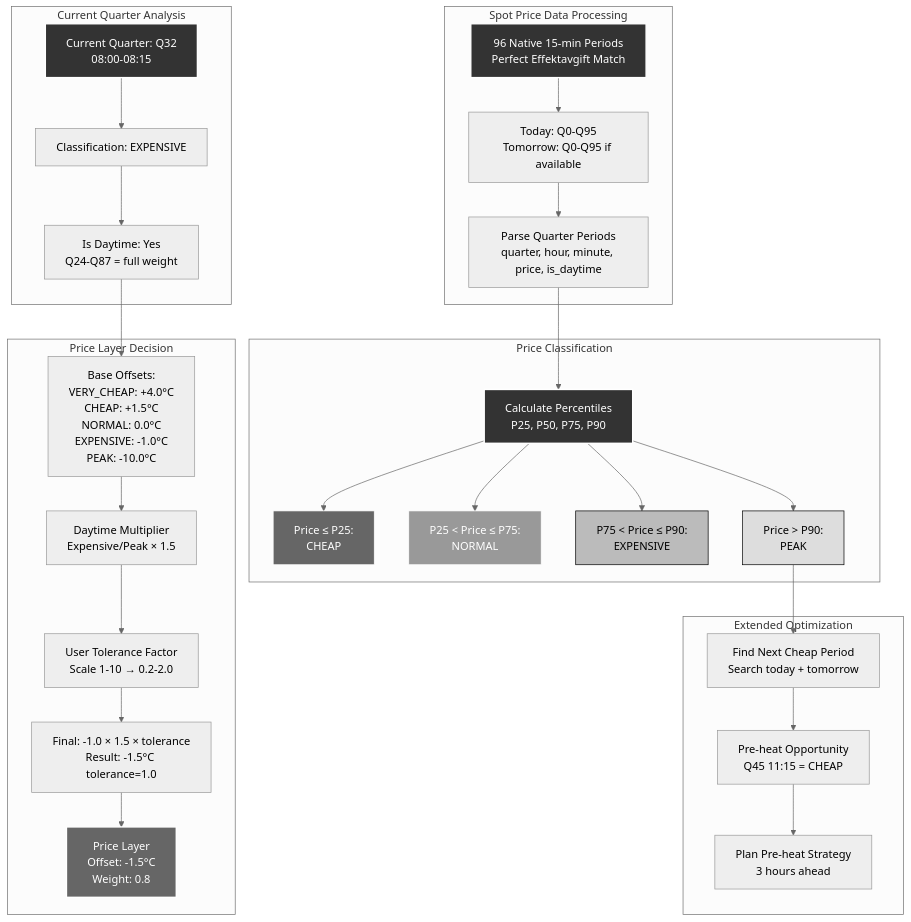
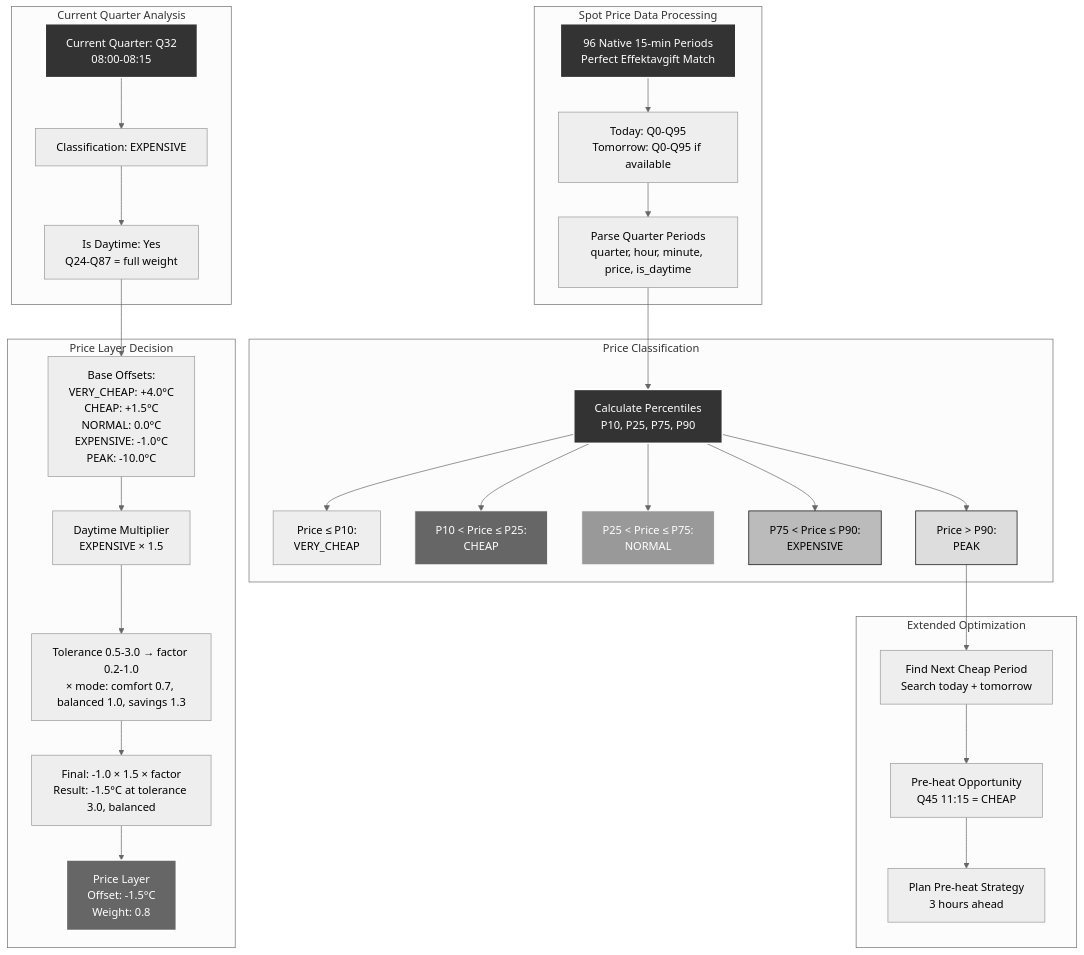
The diagram in docs/architecture/05_spot_price_optimization.md (enoch85/EffektGuard), drawn with Mermaid (neutral theme) before and after one commit. The commit also changed other lines of this file and 32 other files, not shown here.

````diff
--- a/docs/architecture/05_spot_price_optimization.md
+++ b/docs/architecture/05_spot_price_optimization.md
@@ -5,69 +5,71 @@
 ```mermaid
 flowchart TD
     subgraph "Spot Price Data Processing"
         A[96 Native 15-min Periods<br/>Perfect Effektavgift Match]
         B[Today: Q0-Q95<br/>Tomorrow: Q0-Q95 if available]
         C[Parse Quarter Periods<br/>quarter, hour, minute, price, is_daytime]
     end
 
     subgraph "Price Classification"
-        D[Calculate Percentiles<br/>P25, P50, P75, P90]
-        E[Price ≤ P25:<br/>CHEAP]
+        D[Calculate Percentiles<br/>P10, P25, P75, P90]
+        E0[Price ≤ P10:<br/>VERY_CHEAP]
+        E[P10 < Price ≤ P25:<br/>CHEAP]
         F[P25 < Price ≤ P75:<br/>NORMAL]
         G[P75 < Price ≤ P90:<br/>EXPENSIVE]
         H[Price > P90:<br/>PEAK]
     end
 
     subgraph "Current Quarter Analysis"
         I[Current Quarter: Q32<br/>08:00-08:15]
         J[Classification: EXPENSIVE]
         K[Is Daytime: Yes<br/>Q24-Q87 = full weight]
     end
 
     subgraph "Price Layer Decision"
         L[Base Offsets:<br/>VERY_CHEAP: +4.0°C<br/>CHEAP: +1.5°C<br/>NORMAL: 0.0°C<br/>EXPENSIVE: -1.0°C<br/>PEAK: -10.0°C]
-        M[Daytime Multiplier<br/>Expensive/Peak × 1.5]
-        N[User Tolerance Factor<br/>Scale 1-10 → 0.2-2.0]
-        O[Final: -1.0 × 1.5 × tolerance<br/>Result: -1.5°C tolerance=1.0]
+        M[Daytime Multiplier<br/>EXPENSIVE × 1.5]
+        N[Tolerance 0.5-3.0 → factor 0.2-1.0<br/>× mode: comfort 0.7, balanced 1.0, savings 1.3]
+        O[Final: -1.0 × 1.5 × factor<br/>Result: -1.5°C at tolerance 3.0, balanced]
         P[Price Layer<br/>Offset: -1.5°C<br/>Weight: 0.8]
     end
 
     subgraph "Extended Optimization"
         Q[Find Next Cheap Period<br/>Search today + tomorrow]
         R[Pre-heat Opportunity<br/>Q45 11:15 = CHEAP]
         S[Plan Pre-heat Strategy<br/>3 hours ahead]
     end
 
     %% Flow
     A --> B
     B --> C
     C --> D
+    D --> E0
     D --> E
     D --> F  
     D --> G
     D --> H
     
     I --> J
     J --> K
     K --> L
     L --> M
     M --> N
     N --> O
     O --> P
     
     H --> Q
     Q --> R
     R --> S
 
     %% Styling
     style A fill:#333,stroke:#fff,stroke-width:2px,color:#fff
     style D fill:#333,stroke:#fff,stroke-width:2px,color:#fff
     style I fill:#333,stroke:#fff,stroke-width:2px,color:#fff
     
     style E fill:#666,stroke:#fff,stroke-width:1px,color:#fff
     style F fill:#999,stroke:#fff,stroke-width:1px,color:#fff
     style G fill:#bbb,stroke:#000,stroke-width:1px,color:#000
     style H fill:#ddd,stroke:#000,stroke-width:1px,color:#000
     
     style P fill:#666,stroke:#fff,stroke-width:2px,color:#fff
 ```
````
